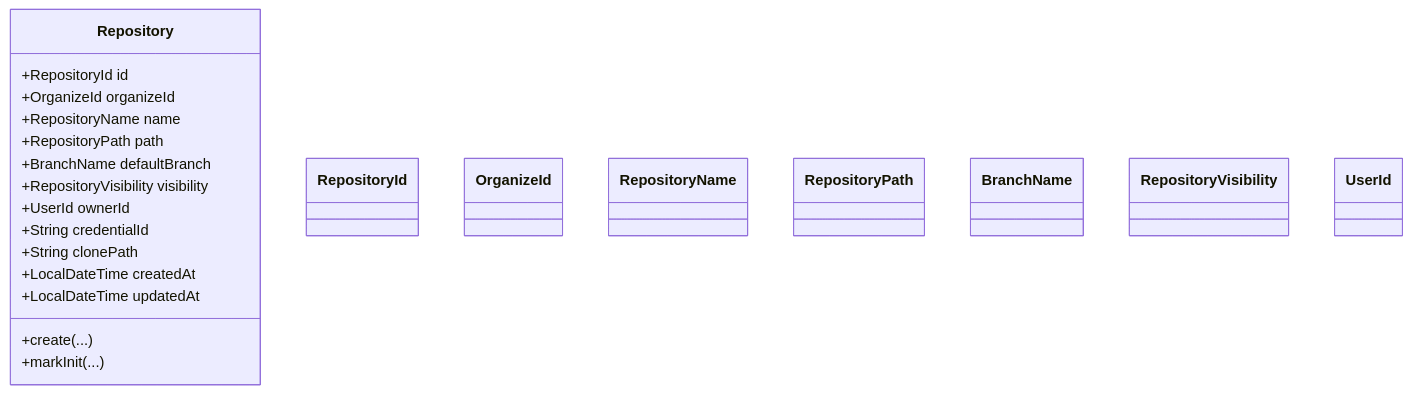
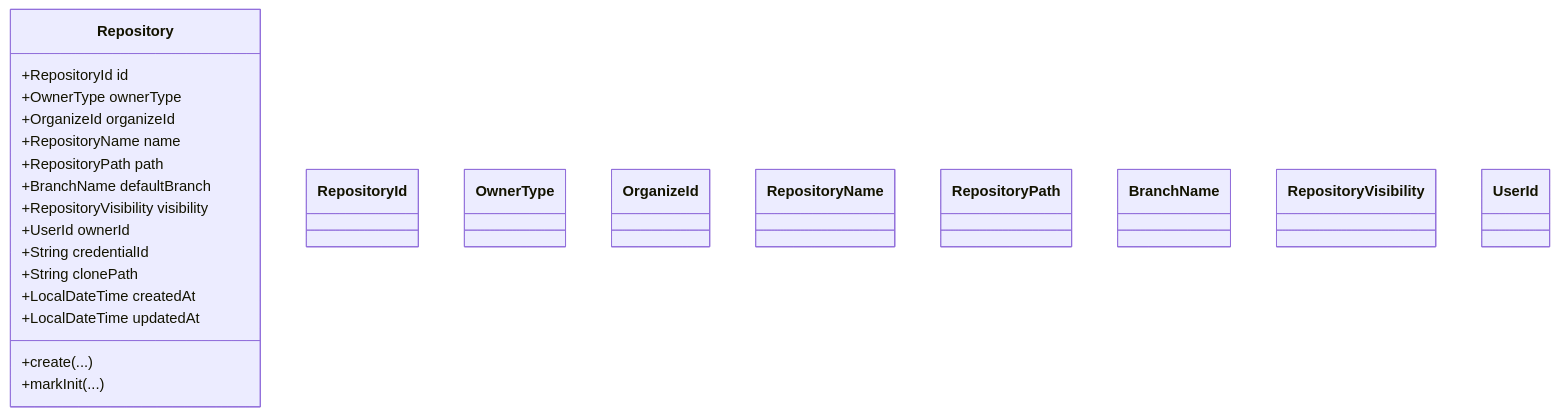
One commit to jgitkins/jgitkins-server changed the fifth of 8 diagrams in docs/domain-aggregates.md. Above: the diagram before and after it, drawn with Mermaid. The commit also changed other lines of this file and 90 other files, not shown here.

Commit message:
feature: task 15 owner abstraction of repository - remove organizeId property - separate common logic of namespace resolver - separate common logic of response - unify response type into common logic - reorganize packages

````diff
--- a/docs/domain-aggregates.md
+++ b/docs/domain-aggregates.md
@@ -199,25 +204,27 @@
 ```mermaid
 classDiagram
     class Repository {
         +RepositoryId id
+        +OwnerType ownerType
         +OrganizeId organizeId
         +RepositoryName name
         +RepositoryPath path
         +BranchName defaultBranch
         +RepositoryVisibility visibility
         +UserId ownerId
         +String credentialId
         +String clonePath
         +LocalDateTime createdAt
         +LocalDateTime updatedAt
         +create(...)
         +markInit(...)
     }
     class RepositoryId
+    class OwnerType
     class OrganizeId
     class RepositoryName
     class RepositoryPath
     class BranchName
     class RepositoryVisibility
     class UserId
 ```
````
